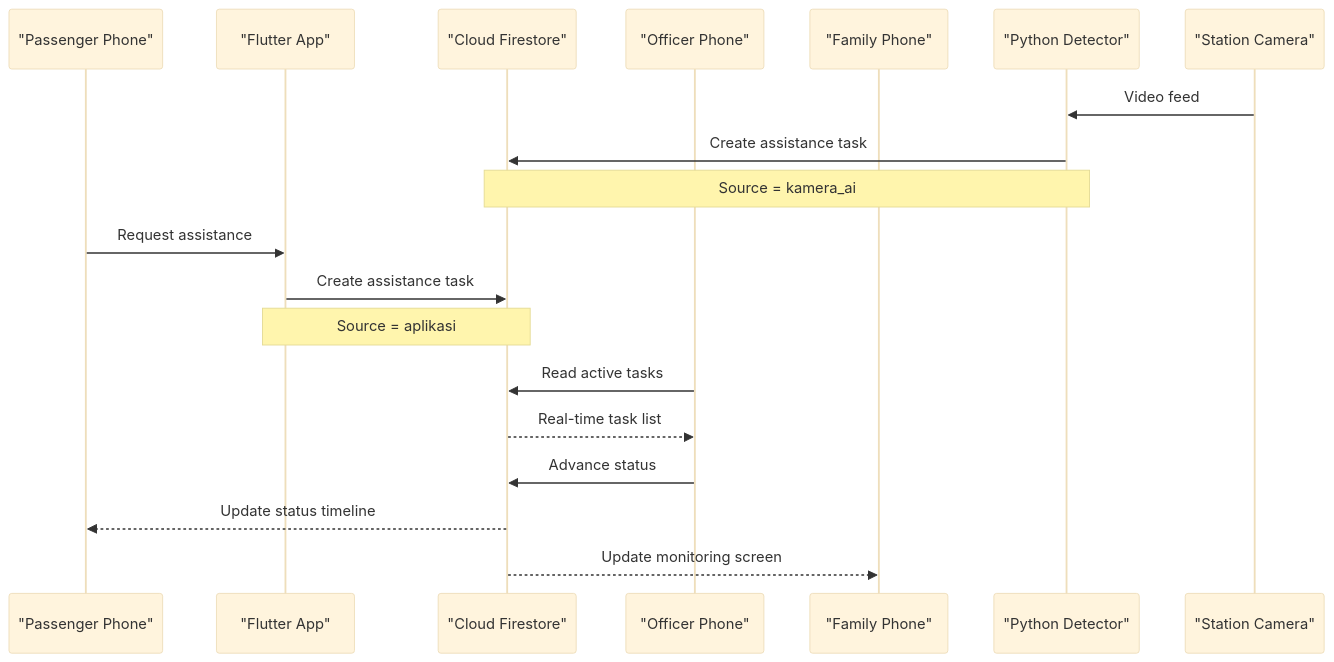
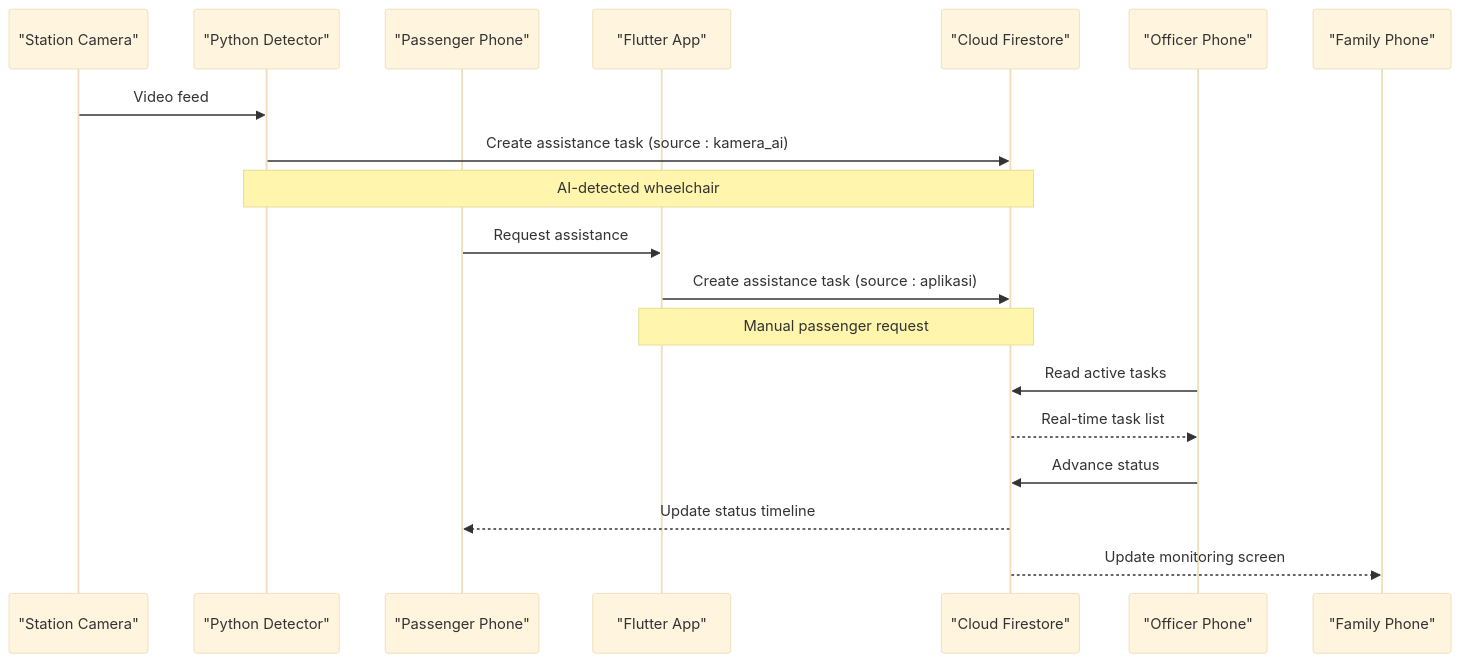
The third of 11 diagrams in .qoder/repowiki/en/content/Project Overview.md (rdsarjito/whoosh-ramah), drawn with Mermaid (base theme) before and after one commit. The commit also changed other lines of this file and 18 other files, not shown here.

````diff
--- a/.qoder/repowiki/en/content/Project Overview.md
+++ b/.qoder/repowiki/en/content/Project Overview.md
@@ -109,21 +178,21 @@
 ```mermaid
 sequenceDiagram
+participant Camera as "Station Camera"
+participant Detector as "Python Detector"
 participant Passenger as "Passenger Phone"
 participant App as "Flutter App"
 participant Firestore as "Cloud Firestore"
 participant Officer as "Officer Phone"
 participant Family as "Family Phone"
-participant Detector as "Python Detector"
-participant Camera as "Station Camera"
 Camera->>Detector : Video feed
-Detector->>Firestore : Create assistance task
-Note over Detector,Firestore : Source = kamera_ai
+Detector->>Firestore : Create assistance task (source : kamera_ai)
+Note over Detector,Firestore : AI-detected wheelchair
 Passenger->>App : Request assistance
-App->>Firestore : Create assistance task
-Note over App,Firestore : Source = aplikasi
+App->>Firestore : Create assistance task (source : aplikasi)
+Note over App,Firestore : Manual passenger request
 Officer->>Firestore : Read active tasks
 Firestore-->>Officer : Real-time task list
 Officer->>Firestore : Advance status
 Firestore-->>Passenger : Update status timeline
 Firestore-->>Family : Update monitoring screen
 ```
````
